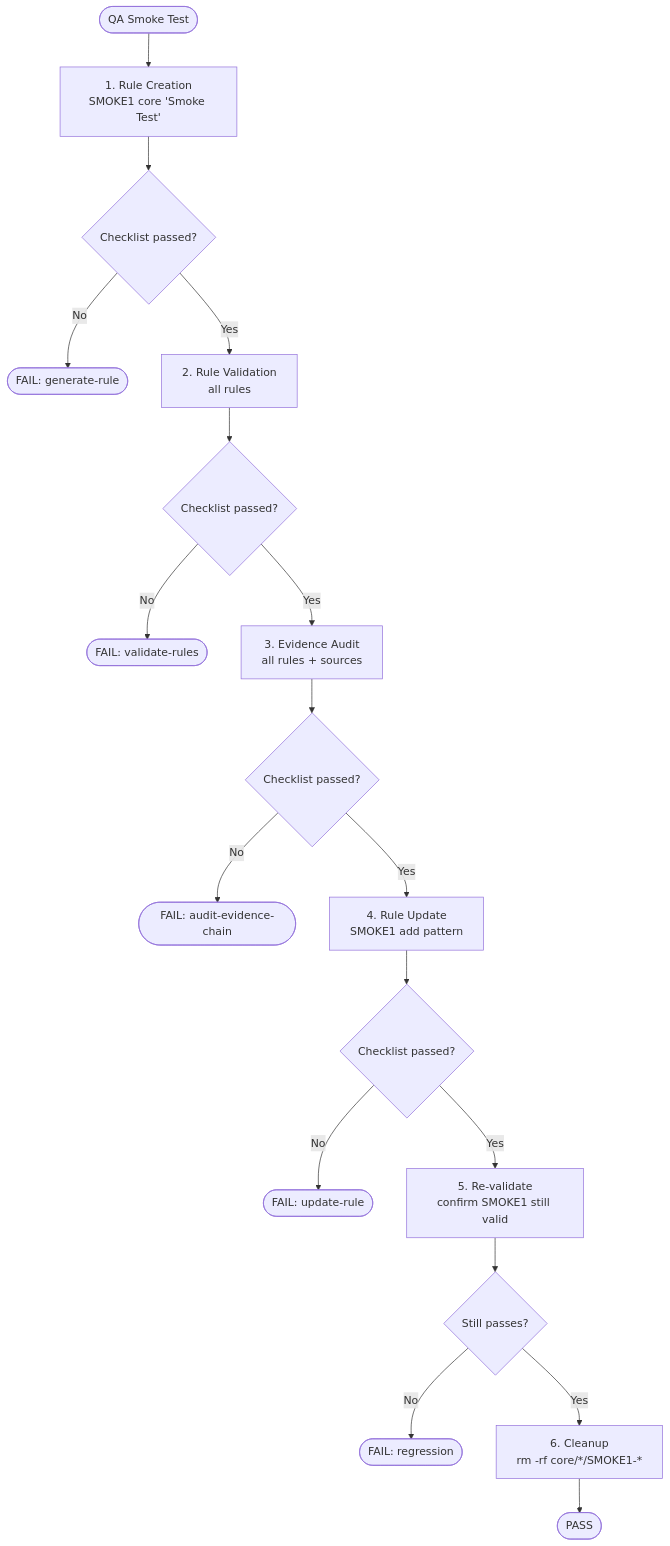
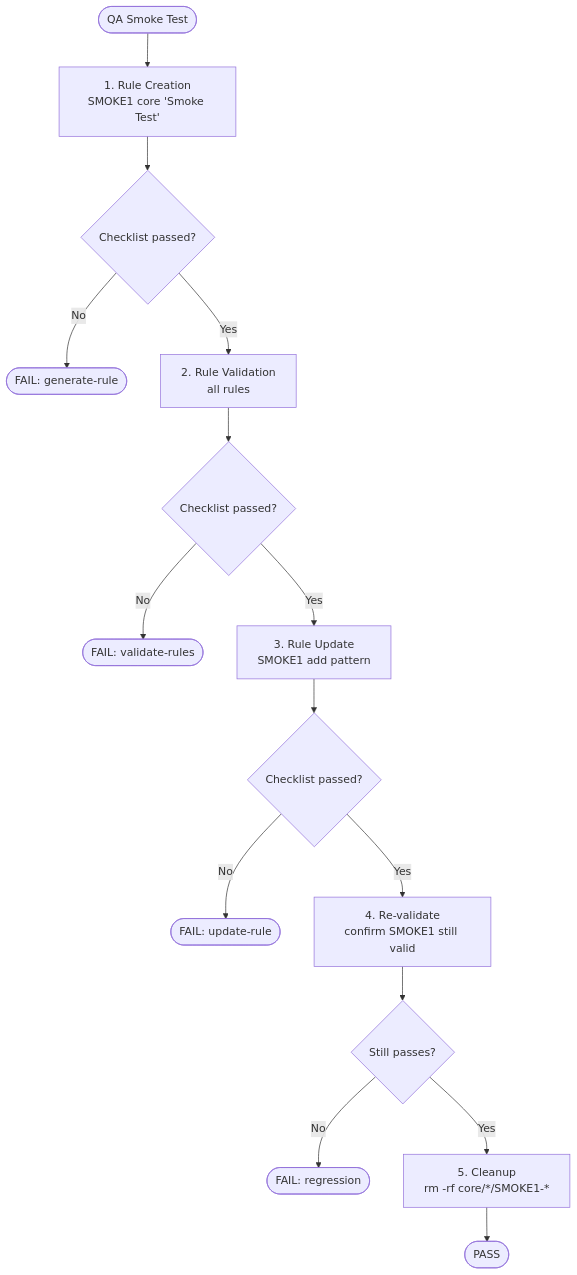
Before and after one commit to reporails/rules: the diagram in .shared/workflows/qa-smoke-test.md, drawn with Mermaid. The commit also changed other lines of this file and 29 other files, not shown here.

Commit message:
Schema update, added registry, refined levels, renaming AILS prefix to RRAILS for the recommended package. Updating backbone, skills, claudemd, updating coordinates. added tombstone.

````diff
--- a/.shared/workflows/qa-smoke-test.md
+++ b/.shared/workflows/qa-smoke-test.md
@@ -5,20 +5,17 @@
 ```mermaid
 flowchart TD
     START([QA Smoke Test]) --> GEN[1. Rule Creation<br/>SMOKE1 core 'Smoke Test']
     GEN --> CHECK1{Checklist passed?}
     CHECK1 -->|No| FAIL1([FAIL: generate-rule])
     CHECK1 -->|Yes| VAL[2. Rule Validation<br/>all rules]
     VAL --> CHECK2{Checklist passed?}
     CHECK2 -->|No| FAIL2([FAIL: validate-rules])
-    CHECK2 -->|Yes| AUDIT[3. Evidence Audit<br/>all rules + sources]
-    AUDIT --> CHECK3{Checklist passed?}
-    CHECK3 -->|No| FAIL3([FAIL: audit-evidence-chain])
-    CHECK3 -->|Yes| UPD[4. Rule Update<br/>SMOKE1 add pattern]
-    UPD --> CHECK4{Checklist passed?}
-    CHECK4 -->|No| FAIL4([FAIL: update-rule])
-    CHECK4 -->|Yes| REVAL[5. Re-validate<br/>confirm SMOKE1 still valid]
-    REVAL --> CHECK5{Still passes?}
-    CHECK5 -->|No| FAIL5([FAIL: regression])
-    CHECK5 -->|Yes| CLEANUP[6. Cleanup<br/>rm -rf core/*/SMOKE1-*]
+    CHECK2 -->|Yes| UPD[3. Rule Update<br/>SMOKE1 add pattern]
+    UPD --> CHECK3{Checklist passed?}
+    CHECK3 -->|No| FAIL3([FAIL: update-rule])
+    CHECK3 -->|Yes| REVAL[4. Re-validate<br/>confirm SMOKE1 still valid]
+    REVAL --> CHECK4{Still passes?}
+    CHECK4 -->|No| FAIL4([FAIL: regression])
+    CHECK4 -->|Yes| CLEANUP[5. Cleanup<br/>rm -rf core/*/SMOKE1-*]
     CLEANUP --> PASS([PASS])
 ```
````
